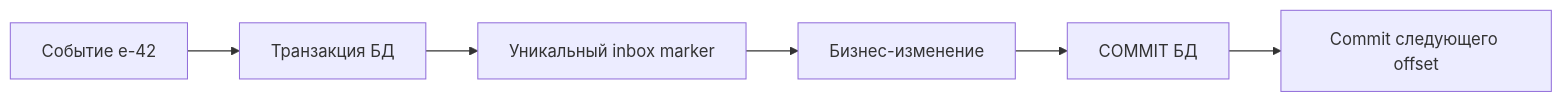
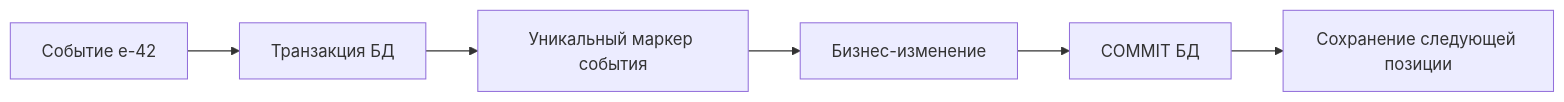
The diagram in docs/messaging/inbox-pattern.md (leary1337/vault), drawn with Mermaid before and after one commit. The commit also changed other lines of this file and 325 other files, not shown here.

````diff
--- a/docs/messaging/inbox-pattern.md
+++ b/docs/messaging/inbox-pattern.md
@@ -74,8 +50,8 @@
 ```mermaid
 flowchart LR
     Event[Событие e-42] --> Tx[Транзакция БД]
-    Tx --> Marker[Уникальный inbox marker]
+    Tx --> Marker[Уникальный маркер события]
     Marker --> Change[Бизнес-изменение]
     Change --> Commit[COMMIT БД]
-    Commit --> Offset[Commit следующего offset]
+    Commit --> Offset[Сохранение следующей позиции]
 ```
````
